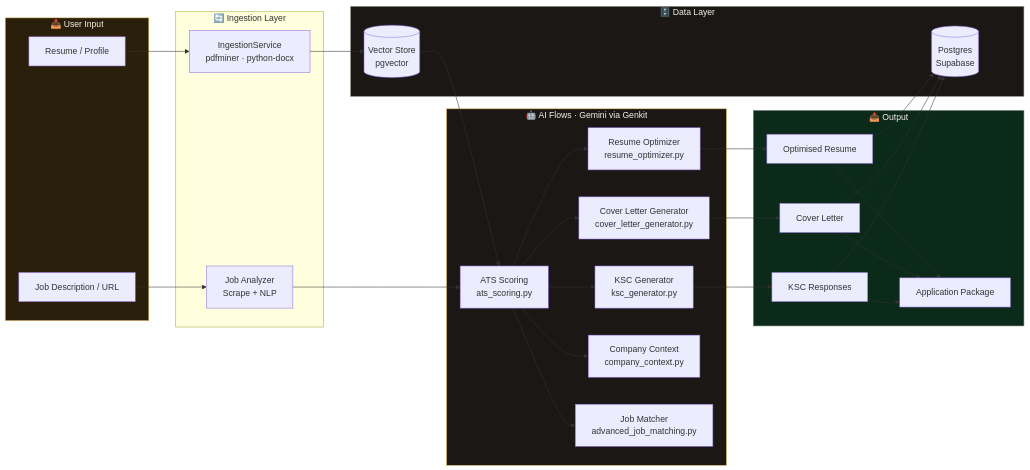
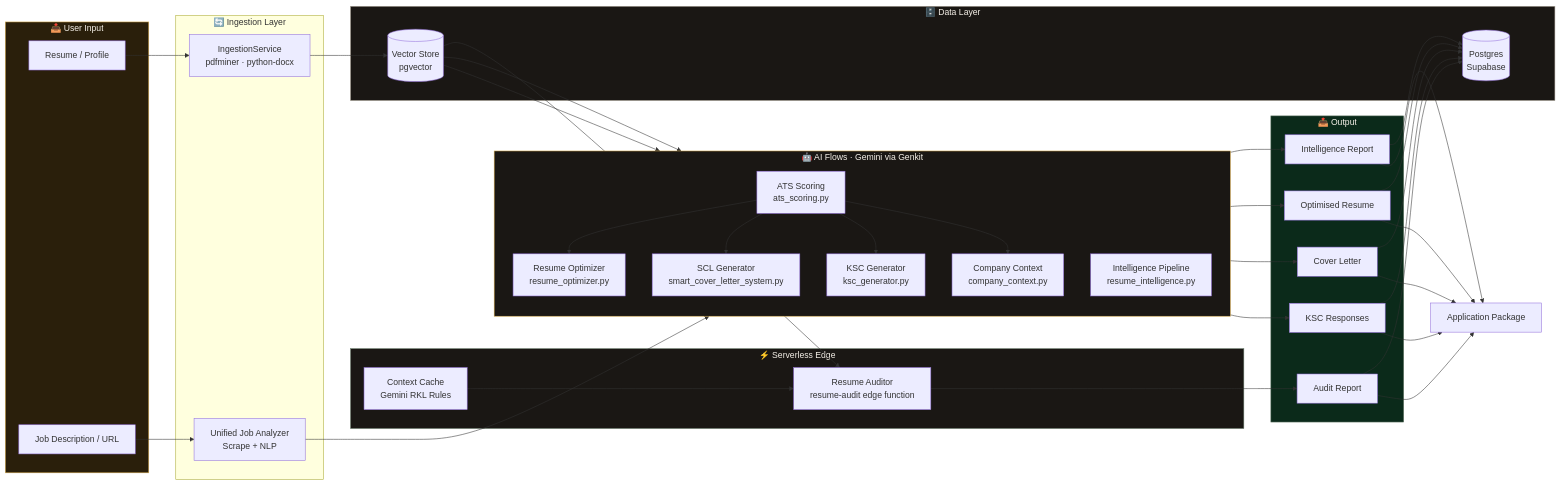
One commit to okgoogle13/careercopilot changed the second of 2 diagrams in docs/WORKFLOW_DIAGRAM.md. Above: the diagram before and after it, drawn with Mermaid. The commit also changed other lines of this file and 31 other files, not shown here.

Commit message:
feat: Add new KR-Solidarity assets and a detailed UI asset placement report, and refactor the design system sidekick path.

````diff
--- a/docs/WORKFLOW_DIAGRAM.md
+++ b/docs/WORKFLOW_DIAGRAM.md
@@ -76,57 +79,70 @@
 ```mermaid
 flowchart LR
     subgraph Input["📥 User Input"]
         R[Resume / Profile]
         J[Job Description / URL]
     end
 
     subgraph Ingestion["🔄 Ingestion Layer"]
         P[IngestionService
 pdfminer · python-docx]
-        JA[Job Analyzer
+        JA[Unified Job Analyzer
 Scrape + NLP]
     end
 
     subgraph AI["🤖 AI Flows  ·  Gemini via Genkit"]
+        direction TB
         ATS[ATS Scoring
 ats_scoring.py]
+        RI[Intelligence Pipeline
+resume_intelligence.py]
         RO[Resume Optimizer
 resume_optimizer.py]
-        CL[Cover Letter Generator
-cover_letter_generator.py]
+        CL[SCL Generator
+smart_cover_letter_system.py]
         KSC[KSC Generator
 ksc_generator.py]
         CC[Company Context
 company_context.py]
-        JM[Job Matcher
-advanced_job_matching.py]
+    end
+
+    subgraph Edge["⚡ Serverless Edge"]
+        AUDIT[Resume Auditor
+resume-audit edge function]
+        CACHE[Context Cache
+Gemini RKL Rules]
     end
 
     subgraph Store["🗄️ Data Layer"]
         VS[(Vector Store
 pgvector)]
         DB[(Postgres
 Supabase)]
     end
 
     subgraph Output["📤 Output"]
         OD[Optimised Resume]
         OCL[Cover Letter]
         OKSC[KSC Responses]
-        OA[Application Package]
+        OAR[Audit Report]
+        OIR[Intelligence Report]
     end
 
     R --> P --> VS
     J --> JA --> ATS
-    VS --> ATS
-    ATS --> RO & CL & KSC & CC & JM
+    VS --> ATS & RI & AUDIT
+    CACHE --> AUDIT
+    ATS --> RO & CL & KSC & CC
+    RI --> OIR --> DB
+    AUDIT --> OAR --> DB
     RO --> OD --> DB
     CL --> OCL --> DB
     KSC --> OKSC --> DB
-    OD & OCL & OKSC --> OA
+    OD & OCL & OKSC & OAR & OIR --> OA[Application Package]
 
     style AI fill:#1A1714,color:#F5F0E8,stroke:#D4A84B
+    style Edge fill:#1A1714,color:#F5F0E8,stroke:#6B7F6E
     style Store fill:#1A1714,color:#F5F0E8,stroke:#A39B8F
     style Input fill:#2A1F0B,color:#F5F0E8,stroke:#D4A84B
     style Output fill:#0B2A1A,color:#F5F0E8,stroke:#6B7F6E
 ```
````
